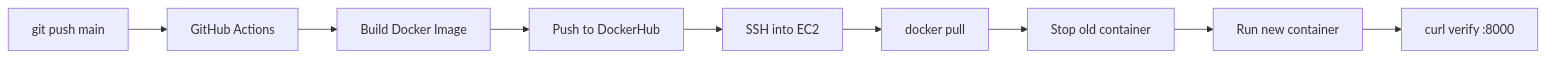
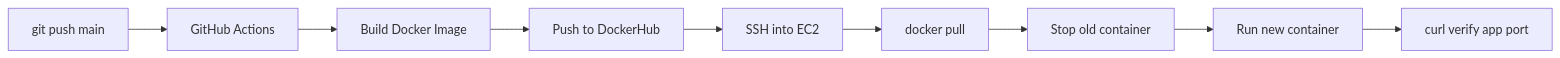
Before and after one commit to faizulkhan56/git_github-action_basic: the fourth of 5 diagrams in github_action_basic/README.md, drawn with Mermaid. The commit also changed other lines of this file and 7 other files, not shown here.

````diff
--- a/github_action_basic/README.md
+++ b/github_action_basic/README.md
@@ -651,11 +723,11 @@
 ```mermaid
 flowchart LR
     A[git push main] --> B[GitHub Actions]
     B --> C[Build Docker Image]
     C --> D[Push to DockerHub]
     D --> E[SSH into EC2]
     E --> F[docker pull]
     F --> G[Stop old container]
     G --> H[Run new container]
-    H --> I[curl verify :8000]
+    H --> I[curl verify app port]
 ```
````
